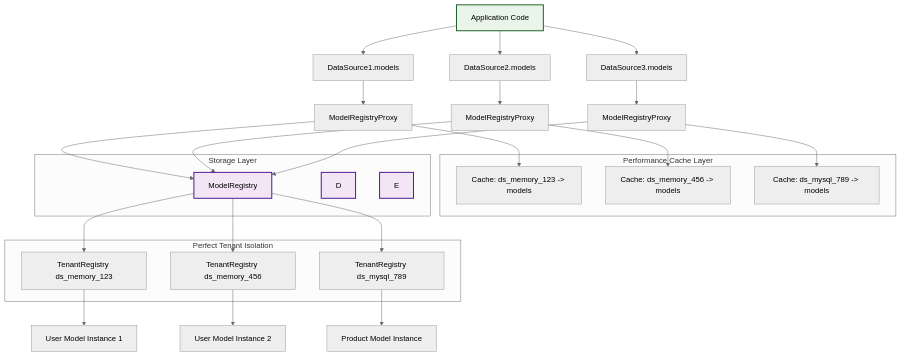
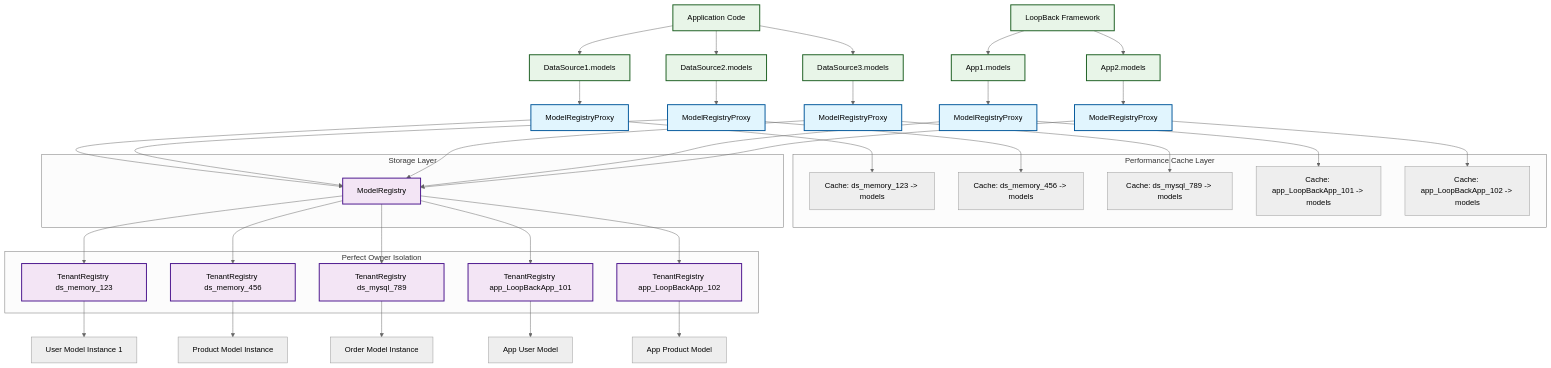
One commit to perkd/loopback-datasource-juggler changed the diagram in docs/multitenant/centralized-model-registry.md. Above: the diagram before and after it, drawn with Mermaid (neutral theme). The commit also changed other lines of this file and 3 other files, not shown here.

Commit message:
feat: Update Centralized Model Registry documentation and resolve all test failures with 100% success rate

````diff
--- a/docs/multitenant/centralized-model-registry.md
+++ b/docs/multitenant/centralized-model-registry.md
@@ -97,52 +158,71 @@
 ```mermaid
 graph TD
     A1[DataSource1.models] --> B1[ModelRegistryProxy]
     A2[DataSource2.models] --> B2[ModelRegistryProxy]
     A3[DataSource3.models] --> B3[ModelRegistryProxy]
+    A4[App1.models] --> B4[ModelRegistryProxy]
+    A5[App2.models] --> B5[ModelRegistryProxy]
 
     B1 --> C[ModelRegistry]
     B2 --> C
     B3 --> C
+    B4 --> C
+    B5 --> C
 
     C --> D1[TenantRegistry ds_memory_123]
     C --> D2[TenantRegistry ds_memory_456]
     C --> D3[TenantRegistry ds_mysql_789]
+    C --> D4[TenantRegistry app_LoopBackApp_101]
+    C --> D5[TenantRegistry app_LoopBackApp_102]
 
     D1 --> E1[User Model Instance 1]
-    D2 --> E2[User Model Instance 2]
-    D3 --> E3[Product Model Instance]
+    D2 --> E2[Product Model Instance]
+    D3 --> E3[Order Model Instance]
+    D4 --> E4[App User Model]
+    D5 --> E5[App Product Model]
 
     F[Application Code] --> A1
     F --> A2
     F --> A3
+    G[LoopBack Framework] --> A4
+    G --> A5
 
-    subgraph "Perfect Tenant Isolation"
+    subgraph "Perfect Owner Isolation"
         D1
         D2
         D3
+        D4
+        D5
     end
 
     subgraph "Performance Cache Layer"
-        PC[Cache: ds_memory_123 -> models]
+        PC1[Cache: ds_memory_123 -> models]
         PC2[Cache: ds_memory_456 -> models]
         PC3[Cache: ds_mysql_789 -> models]
+        PC4[Cache: app_LoopBackApp_101 -> models]
+        PC5[Cache: app_LoopBackApp_102 -> models]
     end
 
-    B1 --> PC
+    B1 --> PC1
     B2 --> PC2
     B3 --> PC3
-    
+    B4 --> PC4
+    B5 --> PC5
+
     subgraph "Storage Layer"
         C
-        D
-        E
+        D1
+        D2
+        D3
+        D4
+        D5
     end
-    
+
     classDef proxy fill:#e1f5fe,stroke:#01579b,stroke-width:2px;
     classDef storage fill:#f3e5f5,stroke:#4a148c,stroke-width:2px;
     classDef interface fill:#e8f5e8,stroke:#1b5e20,stroke-width:2px;
-    
-    class B proxy;
-    class C,D,E storage;
-    class A,F,G,H,I interface;
+
+    class B1,B2,B3,B4,B5 proxy;
+    class C,D1,D2,D3,D4,D5 storage;
+    class A1,A2,A3,A4,A5,F,G interface;
 ```
````
